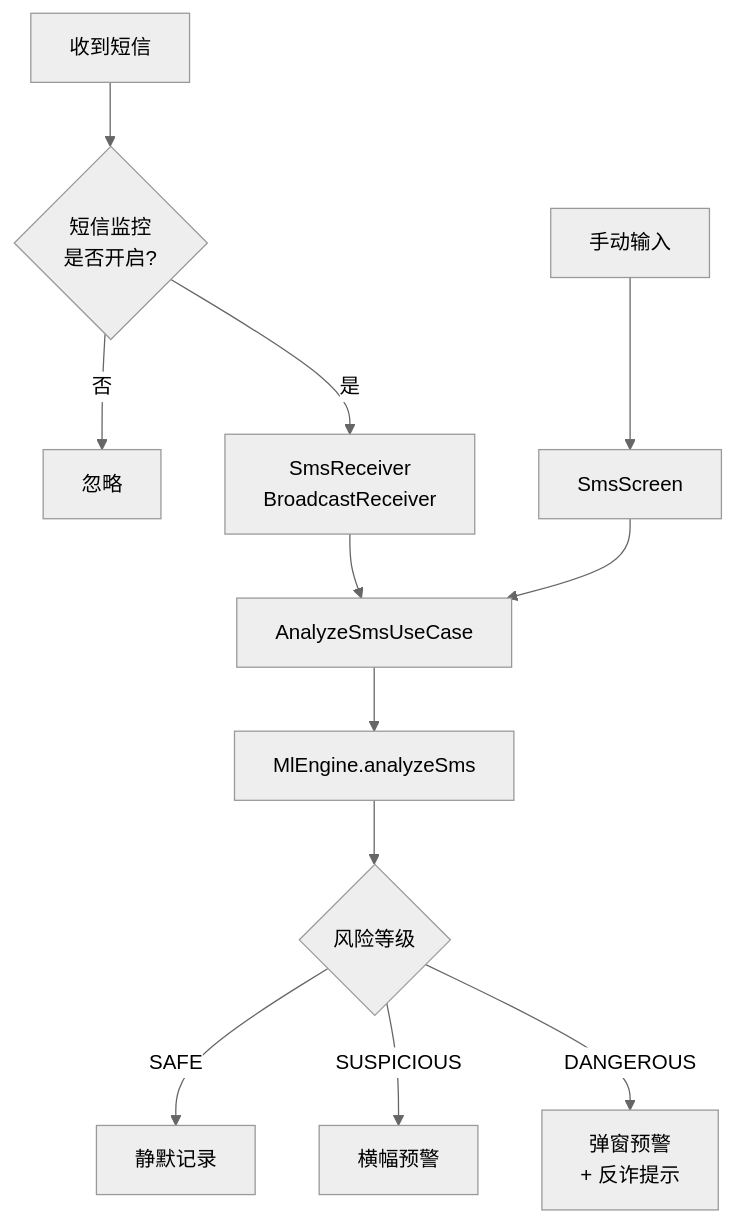
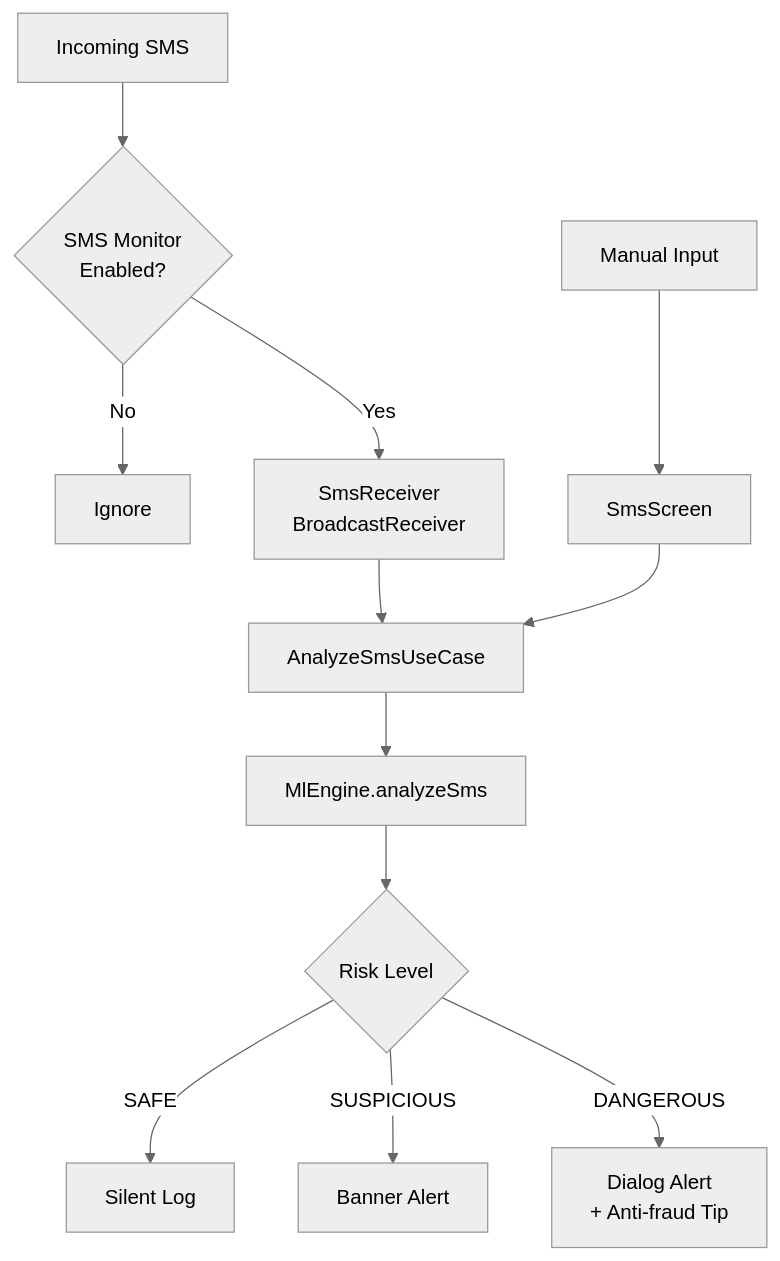
The third of 3 diagrams in README.md (Tianshang301/TianshangGuard), drawn with Mermaid (neutral theme) before and after one commit. The commit also changed other lines of this file and 1 other file, not shown here.

````diff
--- a/README.md
+++ b/README.md
@@ -85,15 +87,15 @@
 ```mermaid
 flowchart TD
-    A[收到短信] --> B{短信监控<br/>是否开启?}
-    B -->|否| C[忽略]
-    B -->|是| D[SmsReceiver<br/>BroadcastReceiver]
+    A[Incoming SMS] --> B{SMS Monitor<br/>Enabled?}
+    B -->|No| C[Ignore]
+    B -->|Yes| D[SmsReceiver<br/>BroadcastReceiver]
     D --> E[AnalyzeSmsUseCase]
     E --> F[MlEngine.analyzeSms]
-    F --> G{风险等级}
-    G -->|SAFE| H[静默记录]
-    G -->|SUSPICIOUS| I[横幅预警]
-    G -->|DANGEROUS| J[弹窗预警<br/>+ 反诈提示]
+    F --> G{Risk Level}
+    G -->|SAFE| H[Silent Log]
+    G -->|SUSPICIOUS| I[Banner Alert]
+    G -->|DANGEROUS| J[Dialog Alert<br/>+ Anti-fraud Tip]
 
-    K[手动输入] --> L[SmsScreen]
+    K[Manual Input] --> L[SmsScreen]
     L --> E
 ```
````
